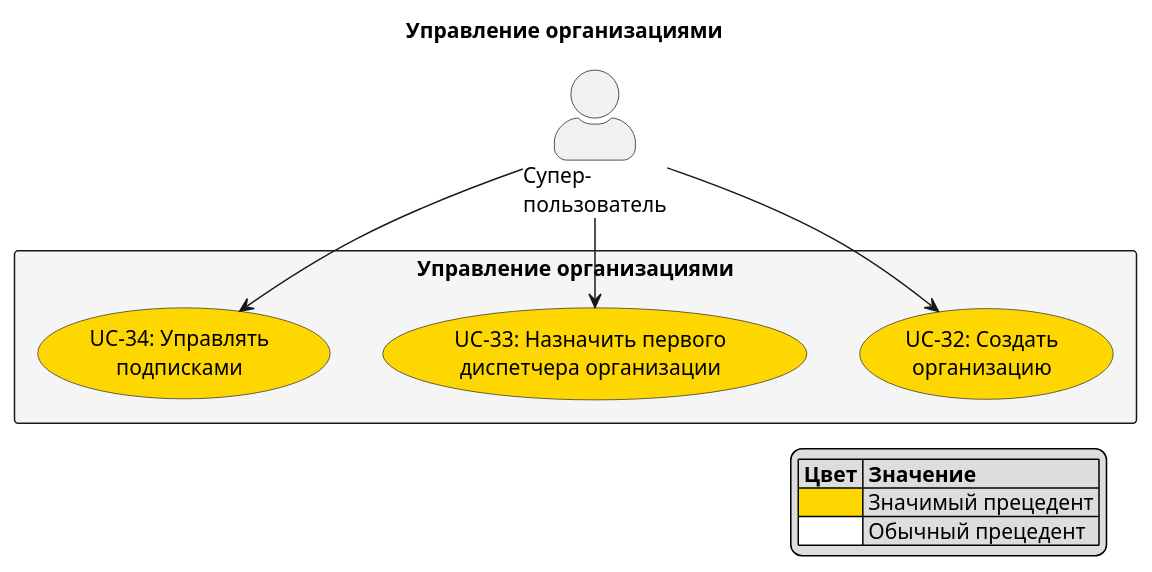
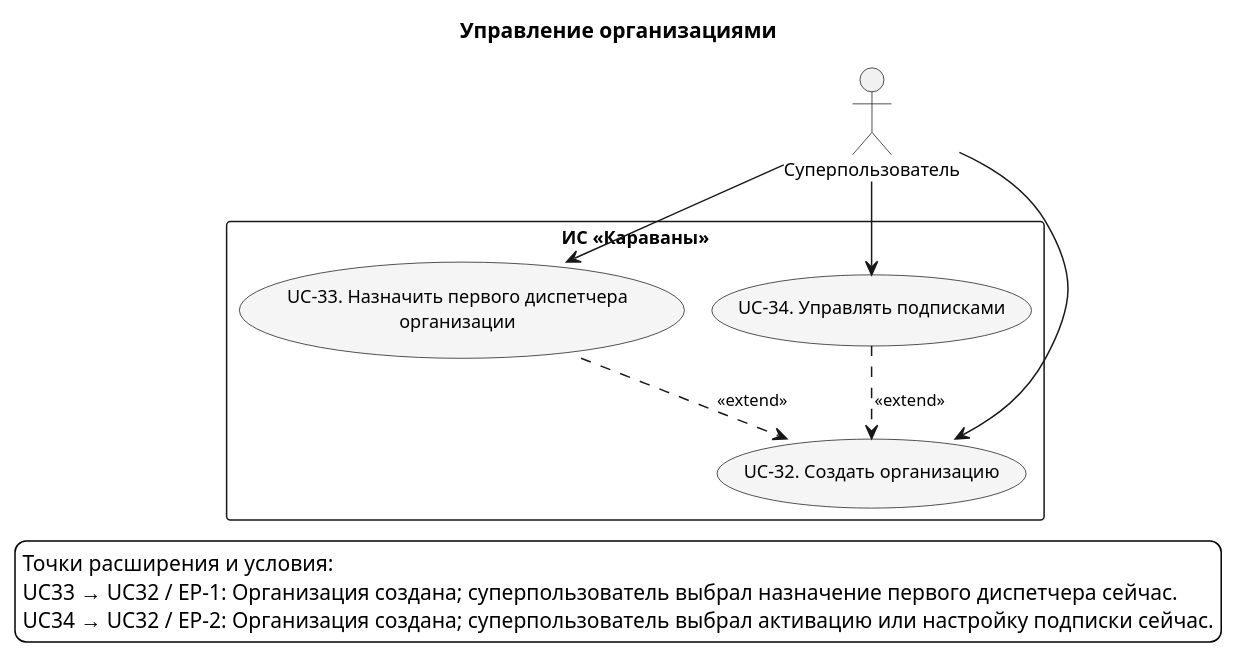
Before and after one commit to granikartem/MPI: the diagram in docs/diagrams/usecases/UC_8_Orgs.puml, drawn with PlantUML. The commit also changed 319 other files, not shown here.

Commit message:
Добавлены диаграммы

```diff
--- a/docs/diagrams/usecases/UC_8_Orgs.puml
+++ b/docs/diagrams/usecases/UC_8_Orgs.puml
@@ -1,26 +1,36 @@
 @startuml UC_8_Orgs
-skinparam actorStyle awesome
-skinparam usecaseBackgroundColor #White
-skinparam usecaseBorderColor #333333
-skinparam rectangleBackgroundColor #F5F5F5
-
+!pragma layout smetana
+skinparam shadowing false
+skinparam defaultFontName Arial
+skinparam defaultFontSize 12
+skinparam backgroundColor white
+skinparam nodesep 75
+skinparam ranksep 100
+skinparam ArrowFontSize 11
+skinparam usecaseBackgroundColor #F5F5F5
+skinparam activityBackgroundColor #F5F5F5
+top to bottom direction
 title Управление организациями
 
-actor "Супер-\nпользователь" as SuperUser
-
-rectangle "Управление организациями" {
-  usecase "UC-32: Создать\nорганизацию" as UC32 #Gold
-  usecase "UC-33: Назначить первого\nдиспетчера организации" as UC33 #Gold
-  usecase "UC-34: Управлять\nподписками" as UC34 #Gold
+actor "Суперпользователь" as SuperUser
+rectangle "ИС «Караваны»" as SystemBoundary {
+  usecase "UC-32. Создать организацию" as UC32
+  usecase "UC-33. Назначить первого диспетчера\nорганизации" as UC33
+  usecase "UC-34. Управлять подписками" as UC34
 }
-
+' edge:R070
+UC33 ..> UC32 : <<extend>>
+' edge:R071
+UC34 ..> UC32 : <<extend>>
+' edge:R046
 SuperUser --> UC32
+' edge:R047
 SuperUser --> UC33
+' edge:R048
 SuperUser --> UC34
-
-legend right
-  |= Цвет |= Значение |
-  | <#Gold> | Значимый прецедент |
-  | <#White> | Обычный прецедент |
+legend bottom
+  Точки расширения и условия:
+  UC33 → UC32 / EP-1: Организация создана; суперпользователь выбрал назначение первого диспетчера сейчас.
+  UC34 → UC32 / EP-2: Организация создана; суперпользователь выбрал активацию или настройку подписки сейчас.
 endlegend
 @enduml
```
